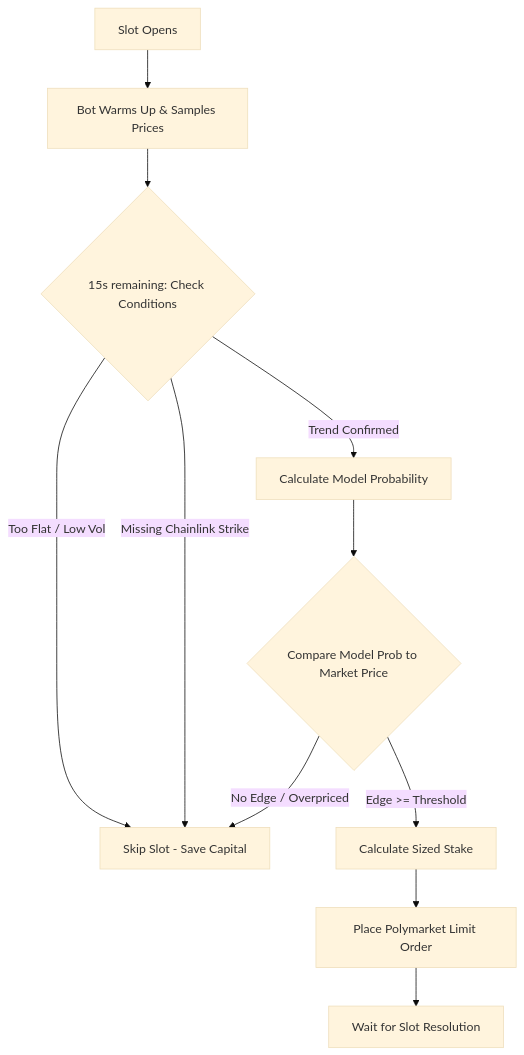
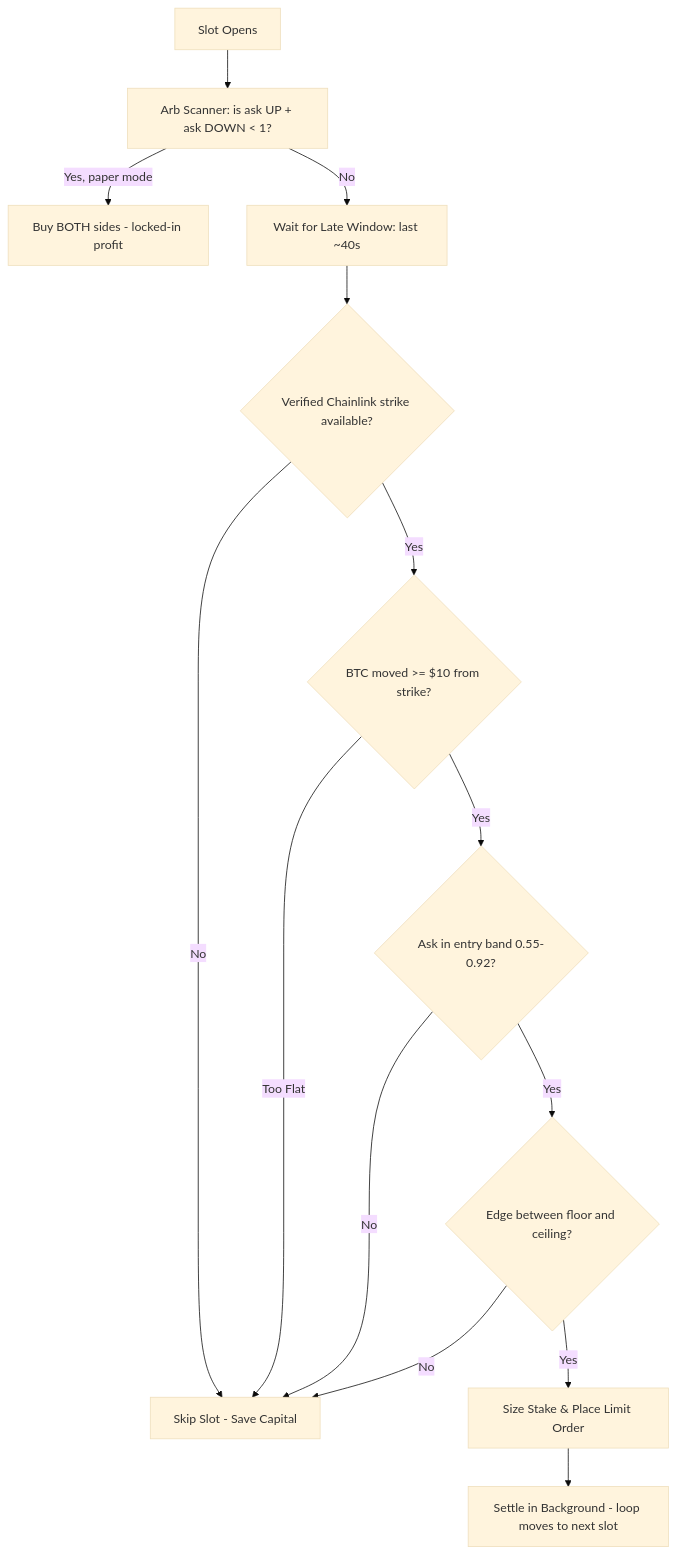
Before and after one commit to WarunaHarshana/poly5m: the diagram in BEGINNER_GUIDE.md, drawn with Mermaid (base theme). The commit also changed other lines of this file and 10 other files, not shown here.

````diff
--- a/BEGINNER_GUIDE.md
+++ b/BEGINNER_GUIDE.md
@@ -11,13 +18,16 @@
 ```mermaid
 graph TD
-    A[Slot Opens] --> B[Bot Warms Up & Samples Prices]
-    B --> C{15s remaining: Check Conditions}
-    C -->|Too Flat / Low Vol| D[Skip Slot - Save Capital]
-    C -->|Missing Chainlink Strike| D
-    C -->|Trend Confirmed| E[Calculate Model Probability]
-    E --> F{Compare Model Prob to Market Price}
-    F -->|No Edge / Overpriced| D
-    F -->|Edge >= Threshold| G[Calculate Sized Stake]
-    G --> H[Place Polymarket Limit Order]
-    H --> I[Wait for Slot Resolution]
+    A[Slot Opens] --> B[Arb Scanner: is ask UP + ask DOWN < 1?]
+    B -->|Yes, paper mode| C[Buy BOTH sides - locked-in profit]
+    B -->|No| D[Wait for Late Window: last ~40s]
+    D --> E{Verified Chainlink strike available?}
+    E -->|No| F[Skip Slot - Save Capital]
+    E -->|Yes| G{BTC moved >= $10 from strike?}
+    G -->|Too Flat| F
+    G -->|Yes| H{Ask in entry band 0.55-0.92?}
+    H -->|No| F
+    H -->|Yes| I{Edge between floor and ceiling?}
+    I -->|No| F
+    I -->|Yes| J[Size Stake & Place Limit Order]
+    J --> K[Settle in Background - loop moves to next slot]
 ```
````
